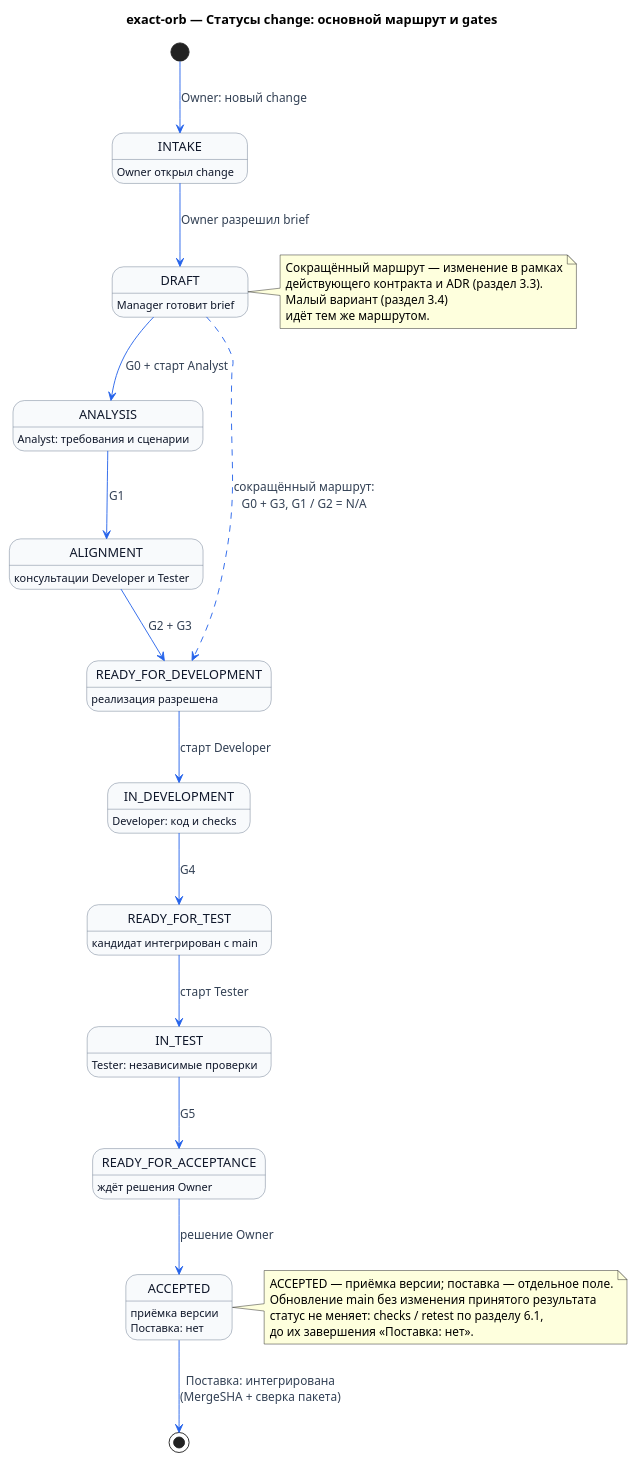
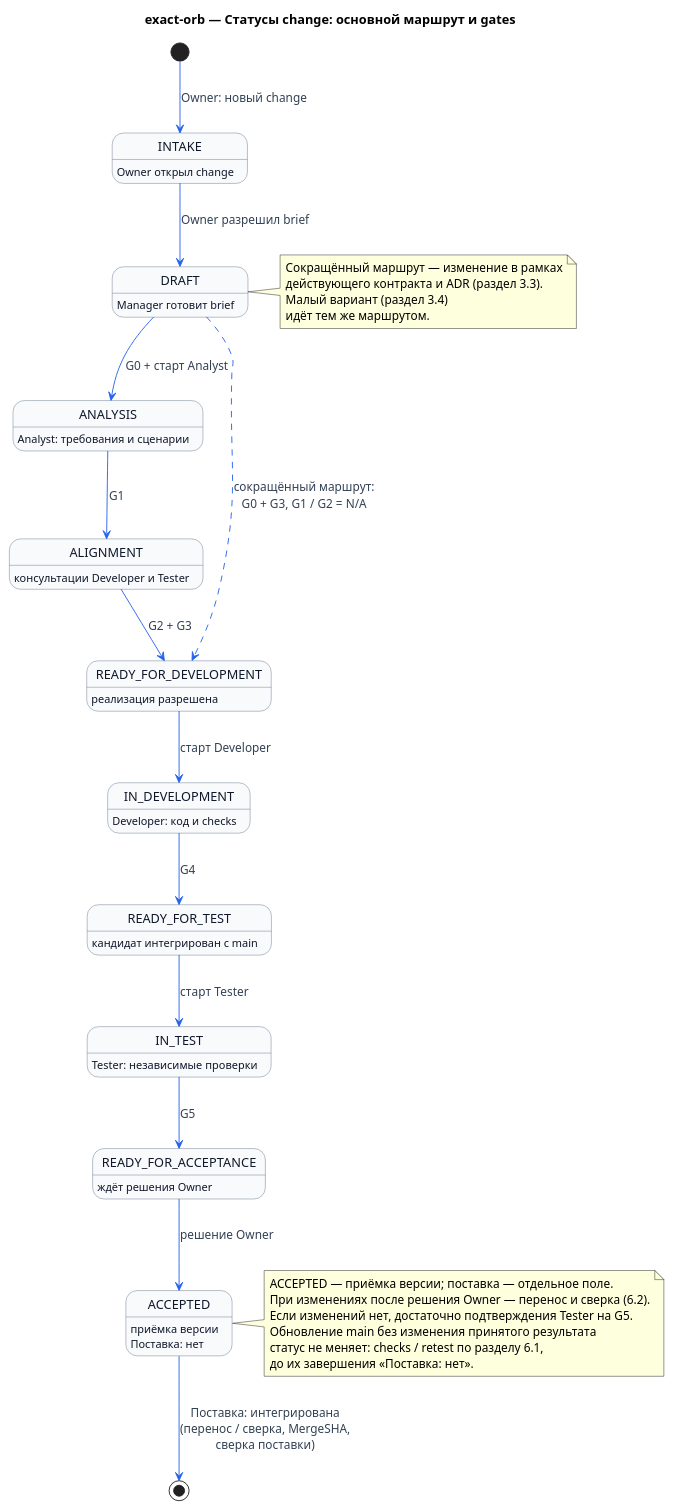
The diagram in docs/development_approach/process/process_diagram/001-change-main-route.puml (ksenia-baranova/exact-orb-demo), drawn with PlantUML before and after one commit. The commit also changed 27 other files, not shown here.

```diff
--- a/docs/development_approach/process/process_diagram/001-change-main-route.puml
+++ b/docs/development_approach/process/process_diagram/001-change-main-route.puml
@@ -1,57 +1,59 @@
 @startuml
 title exact-orb — Статусы change: основной маршрут и gates
 
-' Источник: docs/development_approach/process/process.md, разделы 2, 3.1, 3.3 и 6.1.
+' Источник: docs/development_approach/process/process.md, разделы 2, 3.1, 3.3, 6.1 и 6.2.
 ' Условия gates G0–G5 определены только в таблице раздела 3.1.
 ' Возвраты и остановки показаны в 002-change-returns-and-stops.puml.
 
 hide empty description
 skinparam shadowing false
 skinparam state {
     BackgroundColor #F8FAFC
     BorderColor #64748B
     FontColor #0F172A
     ArrowColor #2563EB
     ArrowFontColor #334155
     StartColor #0F172A
     EndColor #0F172A
 }
 
 state INTAKE : Owner открыл change
 state DRAFT : Manager готовит brief
 state ANALYSIS : Analyst: требования и сценарии
 state ALIGNMENT : консультации Developer и Tester
 state "READY_FOR_DEVELOPMENT" as RFD : реализация разрешена
 state IN_DEVELOPMENT : Developer: код и checks
 state READY_FOR_TEST : кандидат интегрирован с main
 state IN_TEST : Tester: независимые проверки
 state READY_FOR_ACCEPTANCE : ждёт решения Owner
 state ACCEPTED : приёмка версии\nПоставка: нет
 
 [*] -down-> INTAKE : Owner: новый change
 INTAKE -down-> DRAFT : Owner разрешил brief
 DRAFT -down-> ANALYSIS : G0 + старт Analyst
 ANALYSIS -down-> ALIGNMENT : G1
 ALIGNMENT -down-> RFD : G2 + G3
 DRAFT -[#2563EB,dashed]-> RFD : сокращённый маршрут:\nG0 + G3, G1 / G2 = N/A
 RFD -down-> IN_DEVELOPMENT : старт Developer
 IN_DEVELOPMENT -down-> READY_FOR_TEST : G4
 READY_FOR_TEST -down-> IN_TEST : старт Tester
 IN_TEST -down-> READY_FOR_ACCEPTANCE : G5
 READY_FOR_ACCEPTANCE -down-> ACCEPTED : решение Owner
-ACCEPTED -down-> [*] : Поставка: интегрирована\n(MergeSHA + сверка пакета)
+ACCEPTED -down-> [*] : Поставка: интегрирована\n(перенос / сверка, MergeSHA,\nсверка поставки)
 
 note right of ACCEPTED
   ACCEPTED — приёмка версии; поставка — отдельное поле.
+  При изменениях после решения Owner — перенос и сверка (6.2).
+  Если изменений нет, достаточно подтверждения Tester на G5.
   Обновление main без изменения принятого результата
   статус не меняет: checks / retest по разделу 6.1,
   до их завершения «Поставка: нет».
 end note
 
 note right of DRAFT
   Сокращённый маршрут — изменение в рамках
   действующего контракта и ADR (раздел 3.3).
   Малый вариант (раздел 3.4)
   идёт тем же маршрутом.
 end note
 @enduml
```
